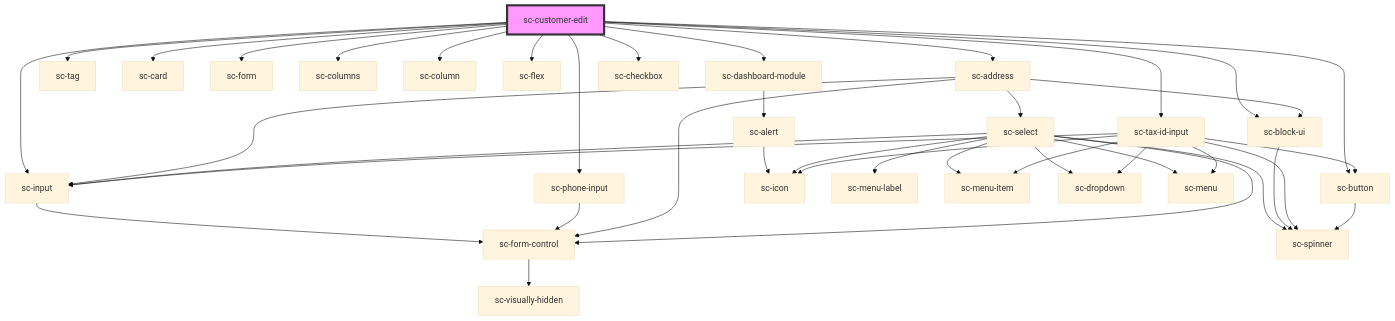
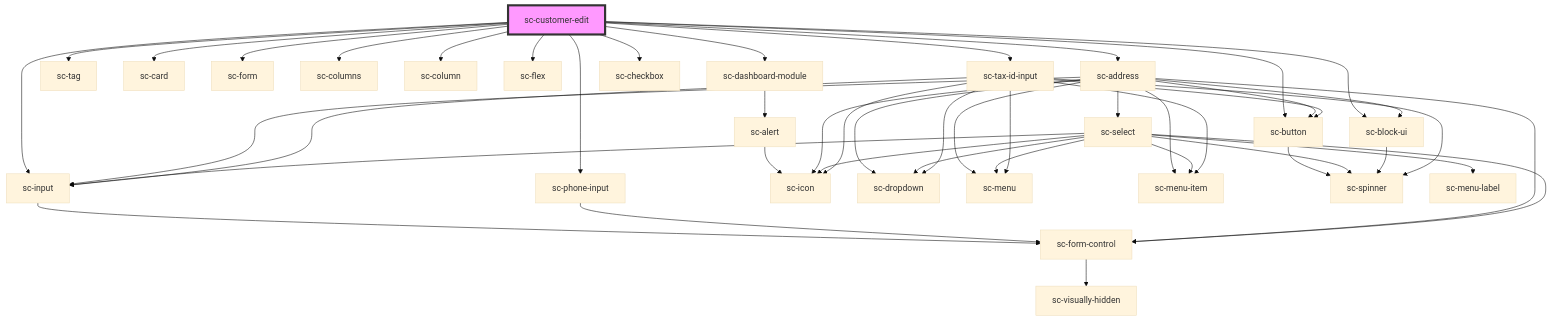
One commit to surecart/surecart-wp-plugin changed the diagram in packages/components/src/components/controllers/dashboard/customer-edit/readme.md. Above: the diagram before and after it, drawn with Mermaid (base theme). The commit also changed 19 other files, not shown here.

````diff
--- a/packages/components/src/components/controllers/dashboard/customer-edit/readme.md
+++ b/packages/components/src/components/controllers/dashboard/customer-edit/readme.md
@@ -37,44 +37,49 @@
 ```mermaid
 graph TD;
   sc-customer-edit --> sc-dashboard-module
   sc-customer-edit --> sc-tag
   sc-customer-edit --> sc-card
   sc-customer-edit --> sc-form
   sc-customer-edit --> sc-columns
   sc-customer-edit --> sc-column
   sc-customer-edit --> sc-input
   sc-customer-edit --> sc-phone-input
   sc-customer-edit --> sc-flex
   sc-customer-edit --> sc-address
   sc-customer-edit --> sc-checkbox
   sc-customer-edit --> sc-tax-id-input
   sc-customer-edit --> sc-button
   sc-customer-edit --> sc-block-ui
   sc-dashboard-module --> sc-alert
   sc-alert --> sc-icon
   sc-input --> sc-form-control
   sc-form-control --> sc-visually-hidden
   sc-phone-input --> sc-form-control
+  sc-address --> sc-dropdown
+  sc-address --> sc-menu
+  sc-address --> sc-menu-item
+  sc-address --> sc-button
+  sc-address --> sc-icon
   sc-address --> sc-form-control
   sc-address --> sc-select
   sc-address --> sc-input
   sc-address --> sc-block-ui
+  sc-button --> sc-spinner
   sc-select --> sc-icon
   sc-select --> sc-menu-label
   sc-select --> sc-menu-item
   sc-select --> sc-form-control
   sc-select --> sc-dropdown
   sc-select --> sc-input
   sc-select --> sc-spinner
   sc-select --> sc-menu
   sc-block-ui --> sc-spinner
   sc-tax-id-input --> sc-icon
   sc-tax-id-input --> sc-input
   sc-tax-id-input --> sc-spinner
   sc-tax-id-input --> sc-dropdown
   sc-tax-id-input --> sc-button
   sc-tax-id-input --> sc-menu
   sc-tax-id-input --> sc-menu-item
-  sc-button --> sc-spinner
   style sc-customer-edit fill:#f9f,stroke:#333,stroke-width:4px
 ```
````
